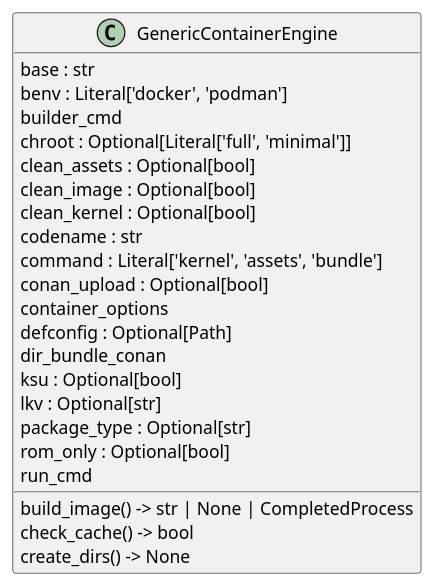
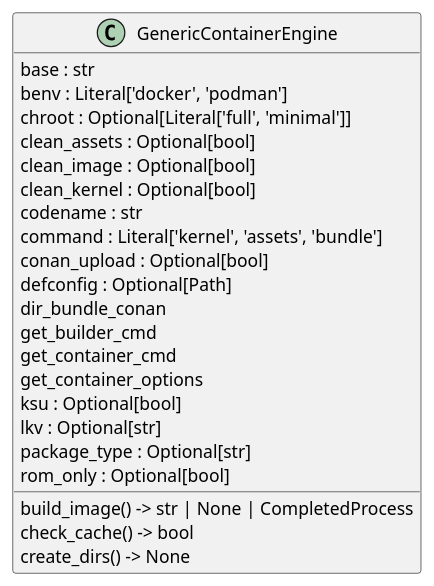
The diagram in docs/architecture/engines/classes.puml (seppzer0/zero_kernel), drawn with PlantUML before and after one commit. The commit also changed 2 other files, not shown here.

Commit message:
docs: update architecture docs

```diff
--- a/docs/architecture/engines/classes.puml
+++ b/docs/architecture/engines/classes.puml
@@ -1,26 +1,26 @@
 @startuml classes
 set namespaceSeparator none
 class "GenericContainerEngine" as engines.generic_container.GenericContainerEngine {
   base : str
   benv : Literal['docker', 'podman']
-  builder_cmd
   chroot : Optional[Literal['full', 'minimal']]
   clean_assets : Optional[bool]
   clean_image : Optional[bool]
   clean_kernel : Optional[bool]
   codename : str
   command : Literal['kernel', 'assets', 'bundle']
   conan_upload : Optional[bool]
-  container_options
   defconfig : Optional[Path]
   dir_bundle_conan
+  get_builder_cmd
+  get_container_cmd
+  get_container_options
   ksu : Optional[bool]
   lkv : Optional[str]
   package_type : Optional[str]
   rom_only : Optional[bool]
-  run_cmd
   build_image() -> str | None | CompletedProcess
   check_cache() -> bool
   create_dirs() -> None
 }
 @enduml
```
